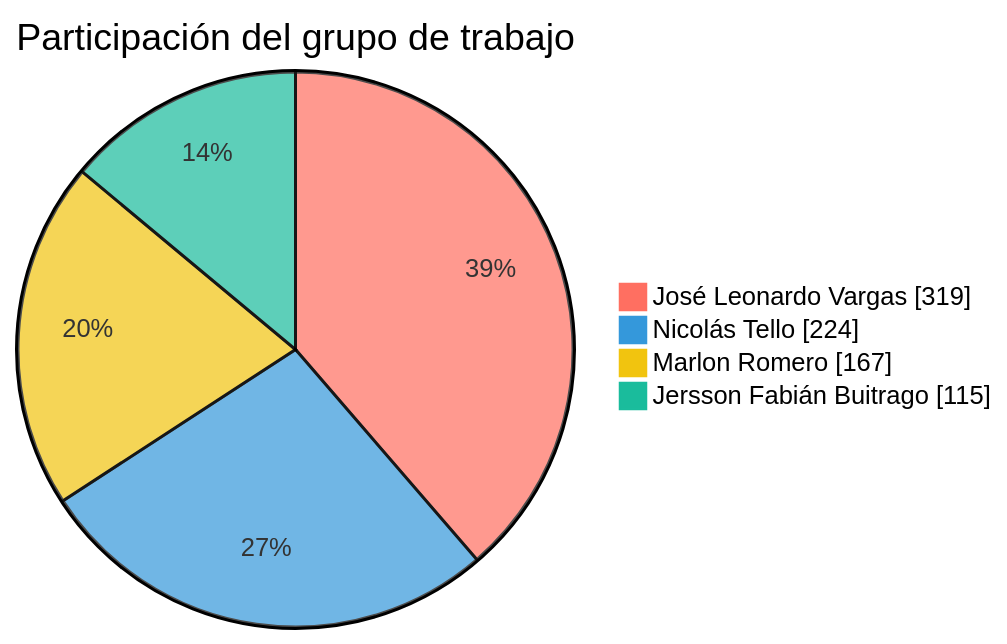
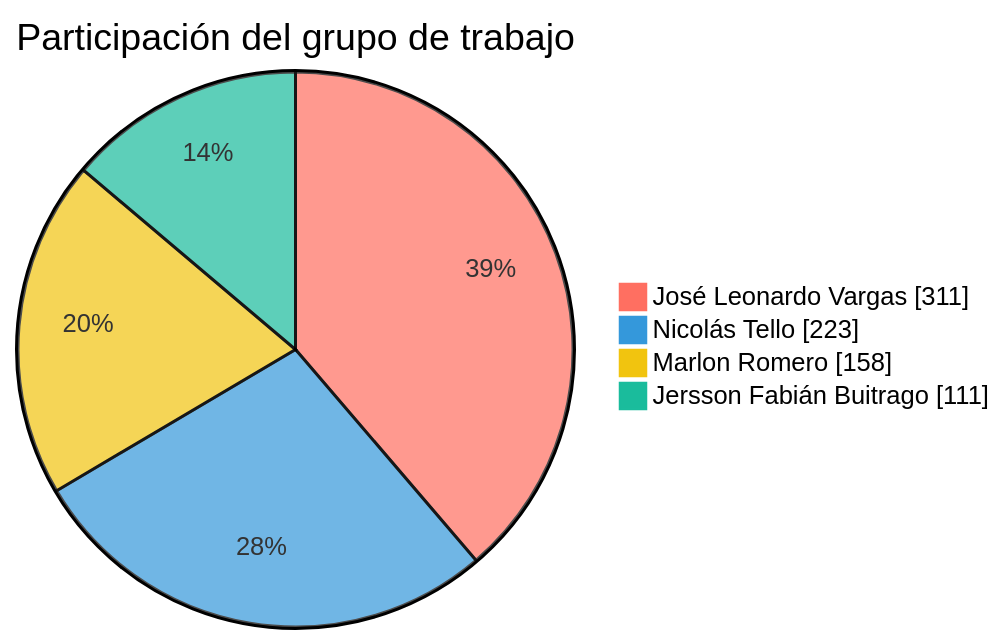
Before and after one commit to FarmaExpres/FarmaExpres: the first of 2 diagrams in README.md, drawn with Mermaid. The commit also changed other lines of this file and 1 other file, not shown here.

````diff
--- a/README.md
+++ b/README.md
@@ -391,9 +391,9 @@
 ```mermaid
 %%{init: {"themeVariables": {"pie1": "#ff6f61", "pie2": "#3498db", "pie3": "#f1c40f", "pie4": "#1abc9c", "pieLabelColor": "#000000", "pieLabelFontSize": "24px", "pieLabelFontWeight": "700"}}}%%
 pie showData
     title Participación del grupo de trabajo
-    "José Leonardo Vargas" : 319
-    "Nicolás Tello" : 224
-    "Marlon Romero" : 167
-    "Jersson Fabián Buitrago" : 115
+    "José Leonardo Vargas" : 311
+    "Nicolás Tello" : 223
+    "Marlon Romero" : 158
+    "Jersson Fabián Buitrago" : 111
 ```
````
